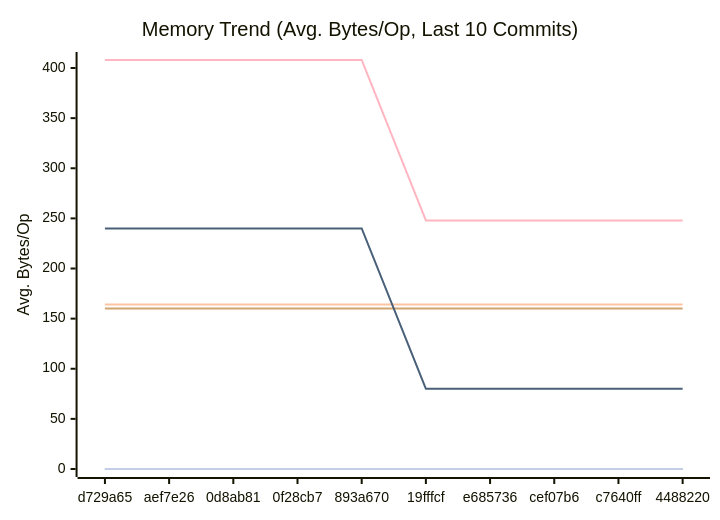
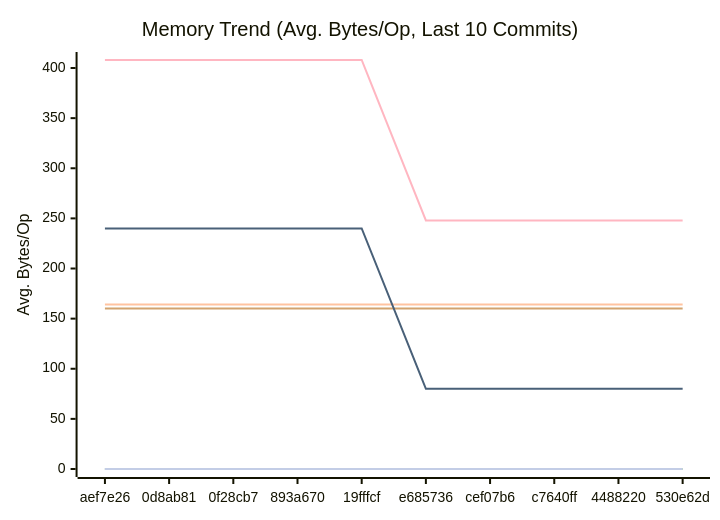
The second of 3 diagrams in docs/PERFORMANCE.md (alsotoes/momo), drawn with Mermaid before and after one commit. The commit also changed other lines of this file and 10 other files, not shown here.

````diff
--- a/docs/PERFORMANCE.md
+++ b/docs/PERFORMANCE.md
@@ -97,16 +97,16 @@
 ```mermaid
 xychart-beta
     title "Memory Trend (Avg. Bytes/Op, Last 10 Commits)"
     x-axis "Commit"
     y-axis "Avg. Bytes/Op"
-    x-axis [d729a65,aef7e26,0d8ab81,0f28cb7,893a670,19fffcf,e685736,cef07b6,c7640ff,4488220]
+    x-axis [aef7e26,0d8ab81,0f28cb7,893a670,19fffcf,e685736,cef07b6,c7640ff,4488220,530e62d]
     line "CheckMetricsAndSwap" [0,0,0,0,0,0,0,0,0,0]
     line "CrushOptimized" [0,0,0,0,0,0,0,0,0,0]
     line "CrushOriginal" [164,164,164,164,164,164,164,164,164,164]
     line "IndexDirectTracking" [0,0,0,0,0,0,0,0,0,0]
     line "IndexSearch" [0,0,0,0,0,0,0,0,0,0]
     line "LoadGlobalConfig" [160,160,160,160,160,160,160,160,160,160]
     line "PadString" [0,0,0,0,0,0,0,0,0,0]
     line "ParseReplicationOrder_NoPrealloc" [408,408,408,408,408,248,248,248,248,248]
     line "ParseReplicationOrder_Prealloc" [240,240,240,240,240,80,80,80,80,80]
 ```
````
